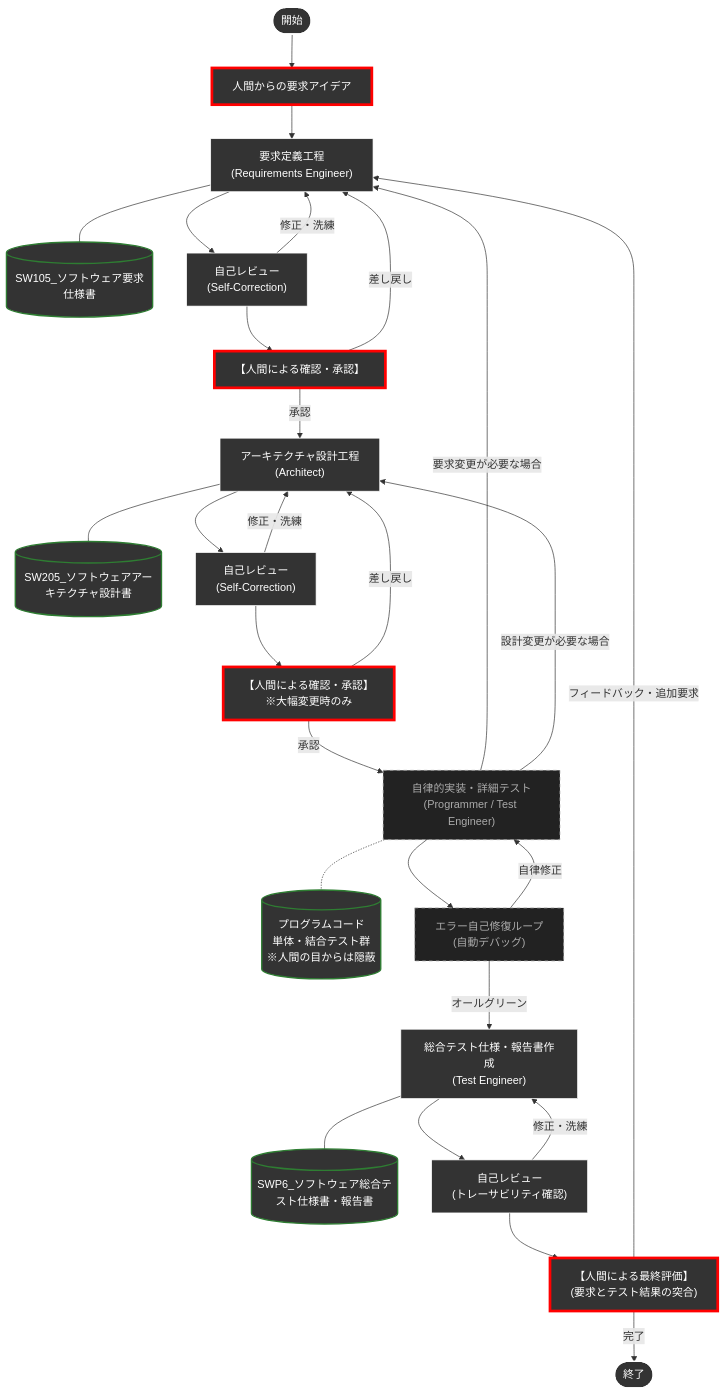
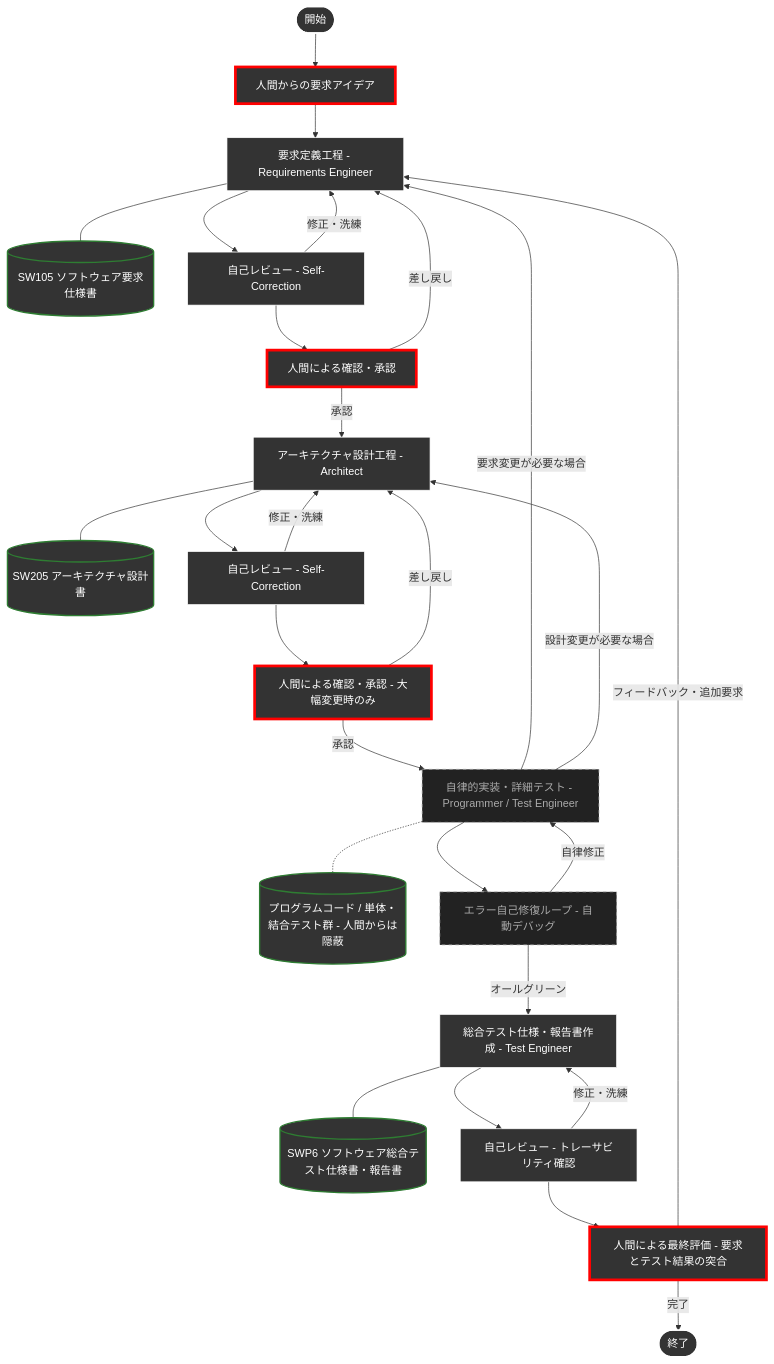
One commit to yamaPiT/AntigravityTemplate changed the diagram in README.md. Above: the diagram before and after it, drawn with Mermaid. The commit also changed other lines of this file and 3 other files, not shown here.

````diff
--- a/README.md
+++ b/README.md
@@ -53,46 +54,46 @@
 ```mermaid
 graph TD
     Start(["開始"]) --> UserReq["人間からの要求アイデア"]
-    UserReq --> Req["要求定義工程<br>(Requirements Engineer)"]
-    Req --- ReqDoc[("SW105_ソフトウェア要求仕様書")]
-    Req --> ReqRev["自己レビュー<br>(Self-Correction)"]
+    UserReq --> Req["要求定義工程 - Requirements Engineer"]
+    Req --- ReqDoc[("SW105 ソフトウェア要求仕様書")]
+    Req --> ReqRev["自己レビュー - Self-Correction"]
     ReqRev -- 修正・洗練 --> Req
-    ReqRev --> ReqHum["【人間による確認・承認】"]
+    ReqRev --> ReqHum["人間による確認・承認"]
     ReqHum -- 差し戻し --> Req
-    ReqHum -- 承認 --> Arch["アーキテクチャ設計工程<br>(Architect)"]
-    
-    Arch --- ArchDoc[("SW205_ソフトウェアアーキテクチャ設計書")]
-    Arch --> ArchRev["自己レビュー<br>(Self-Correction)"]
+    ReqHum -- 承認 --> Arch["アーキテクチャ設計工程 - Architect"]
+
+    Arch --- ArchDoc[("SW205 アーキテクチャ設計書")]
+    Arch --> ArchRev["自己レビュー - Self-Correction"]
     ArchRev -- 修正・洗練 --> Arch
-    ArchRev --> ArchHum["【人間による確認・承認】<br>※大幅変更時のみ"]
+    ArchRev --> ArchHum["人間による確認・承認 - 大幅変更時のみ"]
     ArchHum -- 差し戻し --> Arch
-    ArchHum -- 承認 --> Impl["自律的実装・詳細テスト<br>(Programmer / Test Engineer)"]
-    
-    Impl -.- ProgDoc[("プログラムコード<br>単体・結合テスト群<br>※人間の目からは隠蔽")]
-    Impl --> ImplLoop["エラー自己修復ループ<br>(自動デバッグ)"]
+    ArchHum -- 承認 --> Impl["自律的実装・詳細テスト - Programmer / Test Engineer"]
+
+    Impl -.- ProgDoc[("プログラムコード / 単体・結合テスト群 - 人間からは隠蔽")]
+    Impl --> ImplLoop["エラー自己修復ループ - 自動デバッグ"]
     ImplLoop -- 自律修正 --> Impl
     Impl -- 要求変更が必要な場合 --> Req
     Impl -- 設計変更が必要な場合 --> Arch
-    ImplLoop -- オールグリーン --> Test["総合テスト仕様・報告書作成<br>(Test Engineer)"]
-    
-    Test --- TestDoc[("SWP6_ソフトウェア総合テスト仕様書・報告書")]
-    Test --> TestRev["自己レビュー<br>(トレーサビリティ確認)"]
+    ImplLoop -- オールグリーン --> Test["総合テスト仕様・報告書作成 - Test Engineer"]
+
+    Test --- TestDoc[("SWP6 ソフトウェア総合テスト仕様書・報告書")]
+    Test --> TestRev["自己レビュー - トレーサビリティ確認"]
     TestRev -- 修正・洗練 --> Test
-    
-    TestRev --> Approve["【人間による最終評価】<br>(要求とテスト結果の突合)"]
+
+    TestRev --> Approve["人間による最終評価 - 要求とテスト結果の突合"]
     Approve -- フィードバック・追加要求 --> Req
     Approve -- 完了 --> End(["終了"])
 
     %% スタイル定義
     classDef human fill:#333333,stroke:#ff0000,stroke-width:4px,color:#ffffff;
     classDef agent fill:#333333,stroke:#FFFFFF,stroke-width:1px,color:#ffffff;
     classDef doc fill:#333333,stroke:#2e7d32,stroke-width:2px,color:#ffffff;
     classDef hiddenAgent fill:#222222,stroke:#aaaaaa,stroke-width:1px,stroke-dasharray: 5 5,color:#aaaaaa;
     classDef startEnd fill:#333333,stroke:#ffffff,stroke-width:2px,color:#ffffff;
-    
+
     class UserReq,ReqHum,ArchHum,Approve human;
     class Req,ReqRev,Arch,ArchRev,Test,TestRev agent;
     class Impl,ImplLoop hiddenAgent;
     class ReqDoc,ArchDoc,ProgDoc,TestDoc doc;
     class Start,End startEnd;
 ```
````
